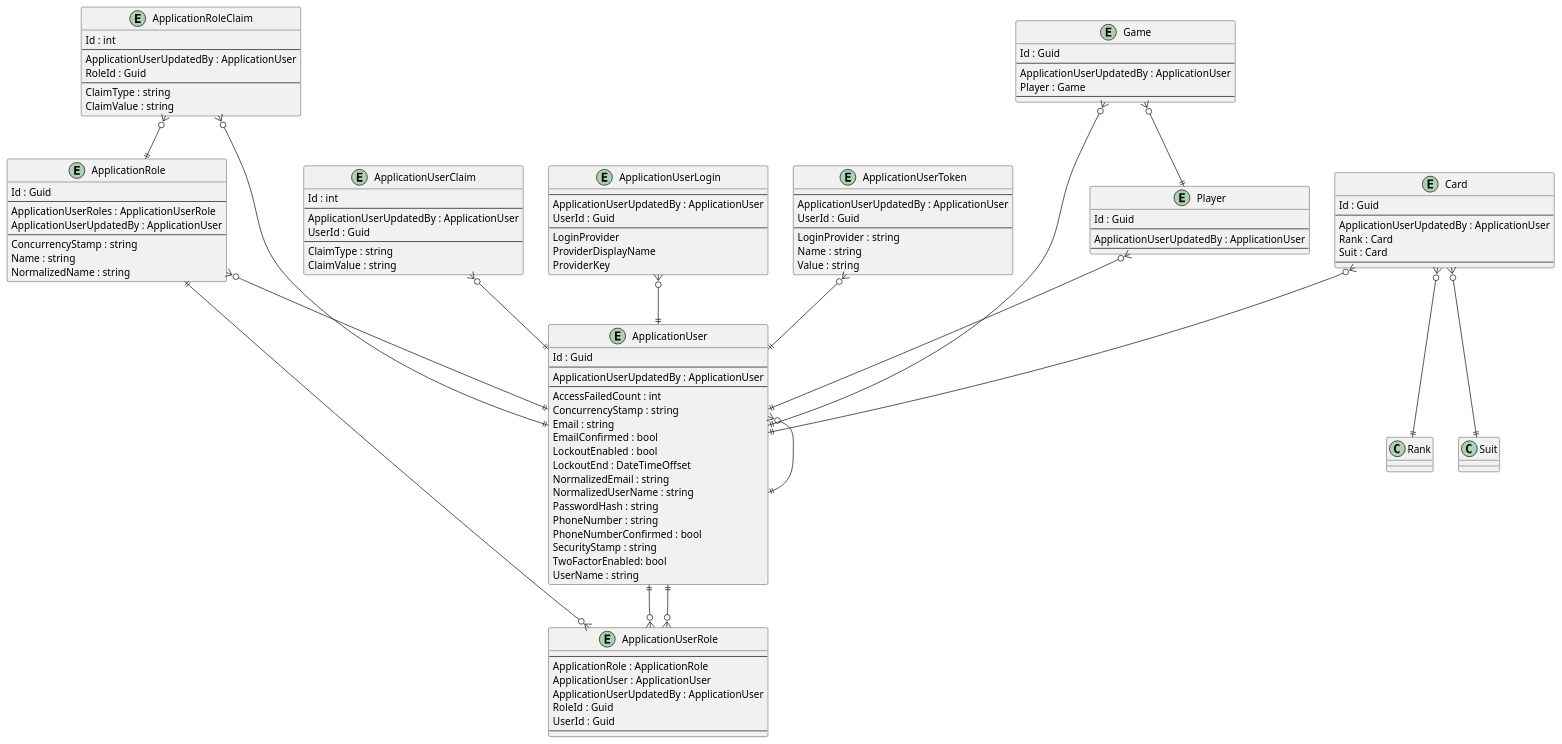
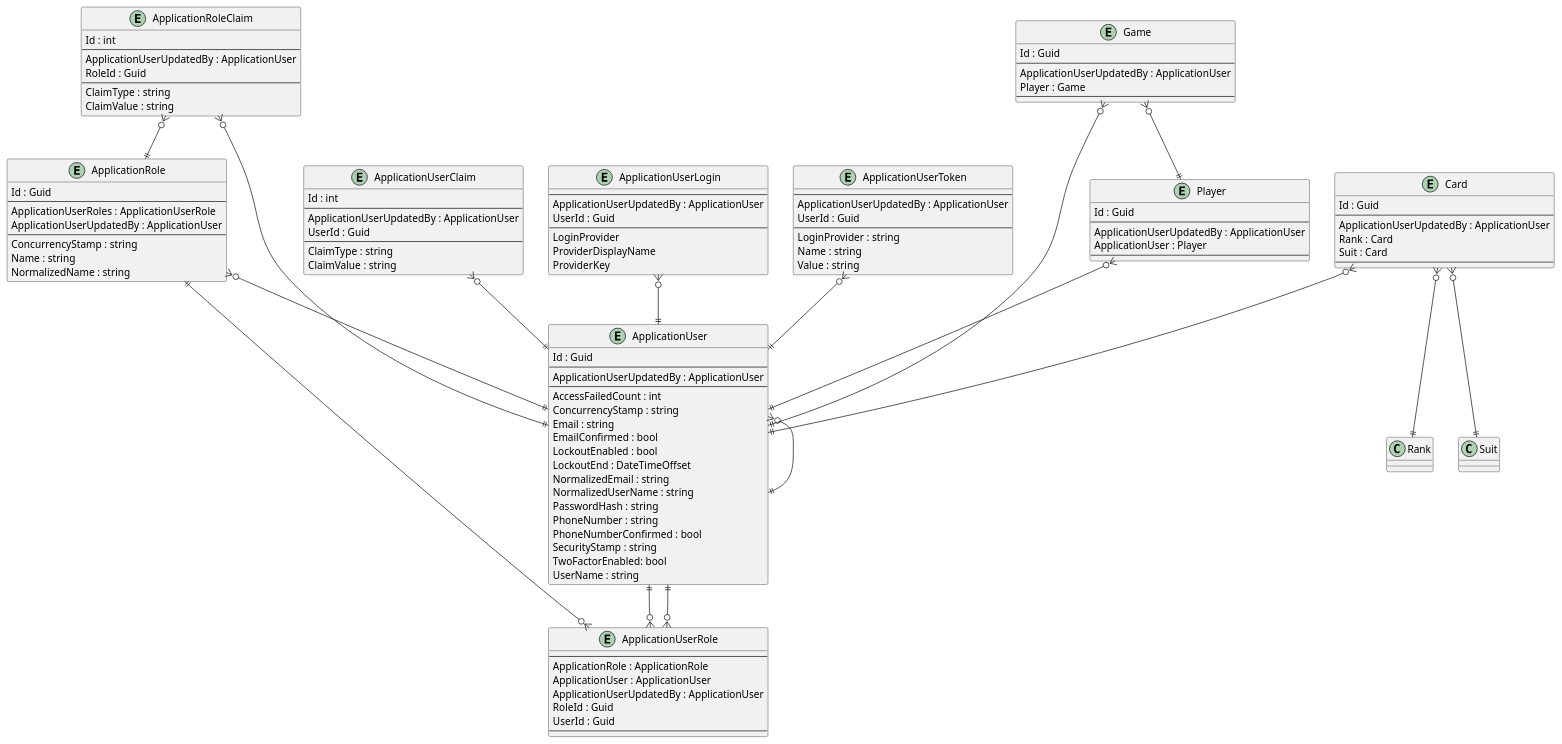
One commit to intrepion/intrepion_klondike-solitaire_csharp changed the diagram in .docs/Intrepion.KlondikeSolitaire.pu. Above: the diagram before and after it, drawn with PlantUML.

```diff
--- a/.docs/Intrepion.KlondikeSolitaire.pu
+++ b/.docs/Intrepion.KlondikeSolitaire.pu
@@ -1,137 +1,138 @@
 @startuml
 
 entity ApplicationRole {
     Id : Guid
     --
     ApplicationUserRoles : ApplicationUserRole
     ApplicationUserUpdatedBy : ApplicationUser
     --
     ConcurrencyStamp : string
     Name : string
     NormalizedName : string
 }
 
 entity ApplicationRoleClaim {
     Id : int
     --
     ApplicationUserUpdatedBy : ApplicationUser
     RoleId : Guid
     --
     ClaimType : string
     ClaimValue : string
 }
 
 entity ApplicationUser {
     Id : Guid
     --
     ApplicationUserUpdatedBy : ApplicationUser
     ' ApplicationUserKeyCodePlaceholder
     --
     AccessFailedCount : int
     ConcurrencyStamp : string
     Email : string
     EmailConfirmed : bool
     LockoutEnabled : bool
     LockoutEnd : DateTimeOffset
     NormalizedEmail : string
     NormalizedUserName : string
     PasswordHash : string
     PhoneNumber : string
     PhoneNumberConfirmed : bool
     SecurityStamp : string
     TwoFactorEnabled: bool
     UserName : string
 }
 
 entity ApplicationUserClaim {
     Id : int
     --
     ApplicationUserUpdatedBy : ApplicationUser
     UserId : Guid
     --
     ClaimType : string
     ClaimValue : string
 }
 
 entity ApplicationUserLogin {
     --
     ApplicationUserUpdatedBy : ApplicationUser
     UserId : Guid
     --
     LoginProvider
     ProviderDisplayName
     ProviderKey
 }
 
 entity ApplicationUserRole {
     --
     ApplicationRole : ApplicationRole
     ApplicationUser : ApplicationUser
     ApplicationUserUpdatedBy : ApplicationUser
     RoleId : Guid
     UserId : Guid
     --
 }
 
 entity ApplicationUserToken {
     --
     ApplicationUserUpdatedBy : ApplicationUser
     UserId : Guid
     --
     LoginProvider : string
     Name : string
     Value : string
 }
 
 entity Card {
     Id : Guid
     --
     ApplicationUserUpdatedBy : ApplicationUser
     Rank : Card
     Suit : Card
     ' CardKeyCodePlaceholder
     --
     ' CardPropertyCodePlaceholder
 }
 
 entity Game {
     Id : Guid
     --
     ApplicationUserUpdatedBy : ApplicationUser
     Player : Game
     ' GameKeyCodePlaceholder
     --
     ' GamePropertyCodePlaceholder
 }
 
 entity Player {
     Id : Guid
     --
     ApplicationUserUpdatedBy : ApplicationUser
+    ApplicationUser : Player
     ' PlayerKeyCodePlaceholder
     --
     ' PlayerPropertyCodePlaceholder
 }
 
 ' EntityCodePlaceholder
 
 ApplicationRole ||--o{ ApplicationUserRole
 ApplicationRole }o--|| ApplicationUser
 ApplicationRoleClaim }o--|| ApplicationRole
 ApplicationRoleClaim }o--|| ApplicationUser
 ApplicationUser }o--|| ApplicationUser
 ApplicationUser ||--o{ ApplicationUserRole
 ApplicationUserClaim }o--|| ApplicationUser
 ApplicationUserLogin }o--|| ApplicationUser
 ApplicationUserRole }o--|| ApplicationUser
 ApplicationUserToken }o--|| ApplicationUser
 
 Card }o--|| ApplicationUser
 Card }o--|| Rank
 Card }o--|| Suit
 Game }o--|| ApplicationUser
 Game }o--|| Player
 Player }o--|| ApplicationUser
 ' RelationshipCodePlaceholder
 
 @enduml
```
